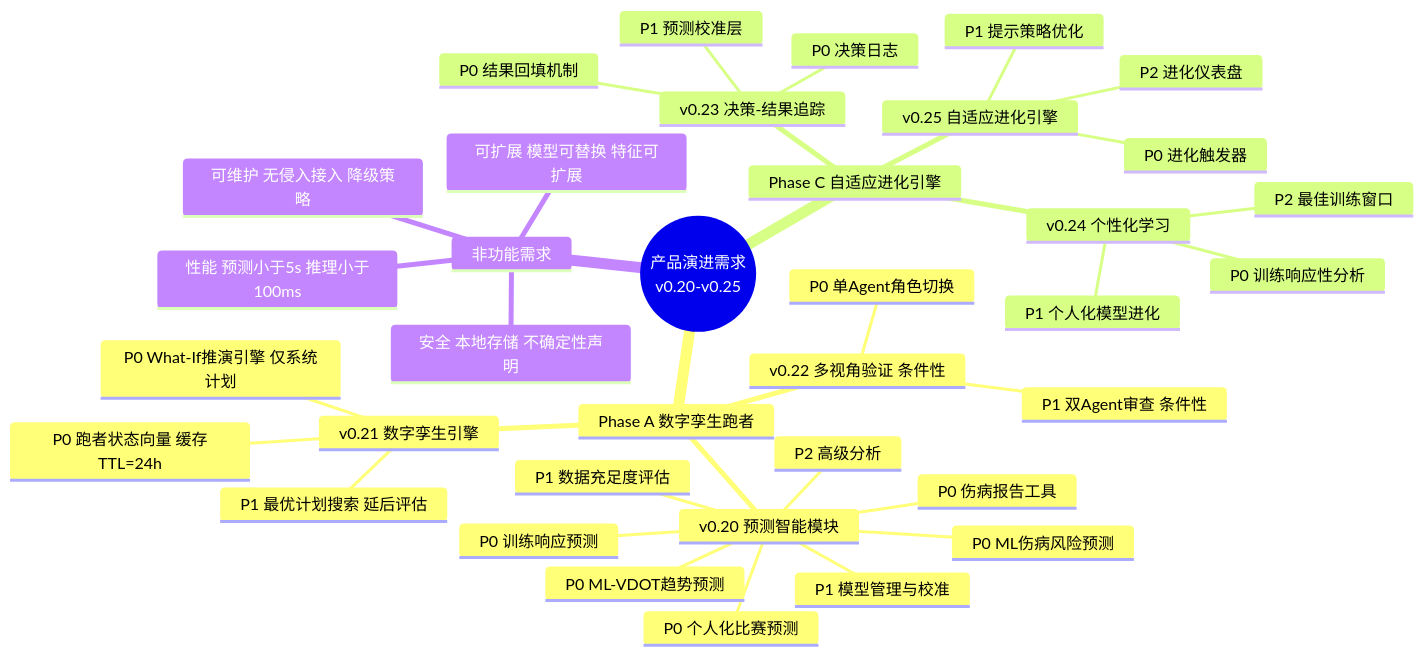
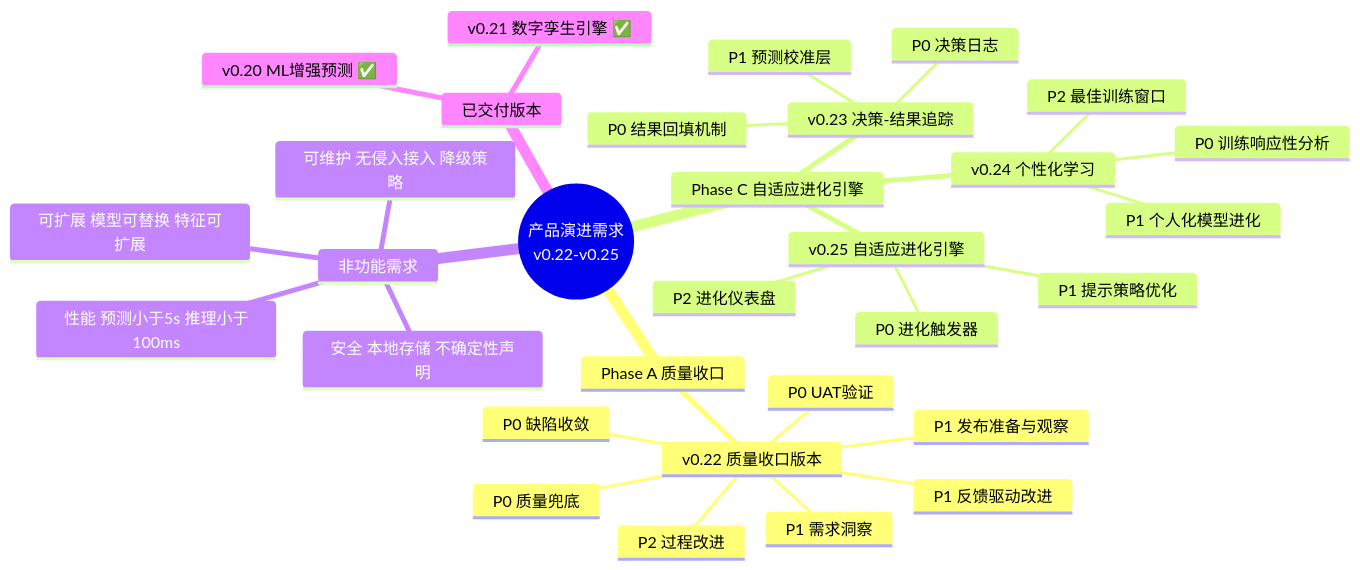
One commit to yecllsl/nanobot-runner changed the second of 2 diagrams in docs/requirements/REQ_需求规格说明书.md. Above: the diagram before and after it, drawn with Mermaid. The commit also changed other lines of this file and 10 other files, not shown here.

````diff
--- a/docs/requirements/REQ_需求规格说明书.md
+++ b/docs/requirements/REQ_需求规格说明书.md
@@ -1096,39 +863,34 @@
 ```mermaid
 mindmap
-  root((产品演进需求<br/>v0.20-v0.25))
-    Phase A 数字孪生跑者
-      v0.20 预测智能模块
-        P0 ML-VDOT趋势预测
-        P0 个人化比赛预测
-        P0 ML伤病风险预测
-        P0 伤病报告工具
-        P0 训练响应预测
-        P1 模型管理与校准
-        P1 数据充足度评估
-        P2 高级分析
-      v0.21 数字孪生引擎
-        P0 跑者状态向量 缓存TTL=24h
-        P0 What-If推演引擎 仅系统计划
-        P1 最优计划搜索 延后评估
-      v0.22 多视角验证 条件性
-        P0 单Agent角色切换
-        P1 双Agent审查 条件性
+  root((产品演进需求<br/>v0.22-v0.25))
+    Phase A 质量收口
+      v0.22 质量收口版本
+        P0 UAT验证
+        P0 缺陷收敛
+        P0 质量兜底
+        P1 需求洞察
+        P1 反馈驱动改进
+        P1 发布准备与观察
+        P2 过程改进
     Phase C 自适应进化引擎
       v0.23 决策-结果追踪
         P0 决策日志
         P0 结果回填机制
         P1 预测校准层
       v0.24 个性化学习
         P0 训练响应性分析
         P1 个人化模型进化
         P2 最佳训练窗口
       v0.25 自适应进化引擎
         P0 进化触发器
         P1 提示策略优化
         P2 进化仪表盘
     非功能需求
       性能 预测小于5s 推理小于100ms
       安全 本地存储 不确定性声明
       可维护 无侵入接入 降级策略
       可扩展 模型可替换 特征可扩展
+    已交付版本
+      v0.20 ML增强预测 ✅
+      v0.21 数字孪生引擎 ✅
 ```
````
